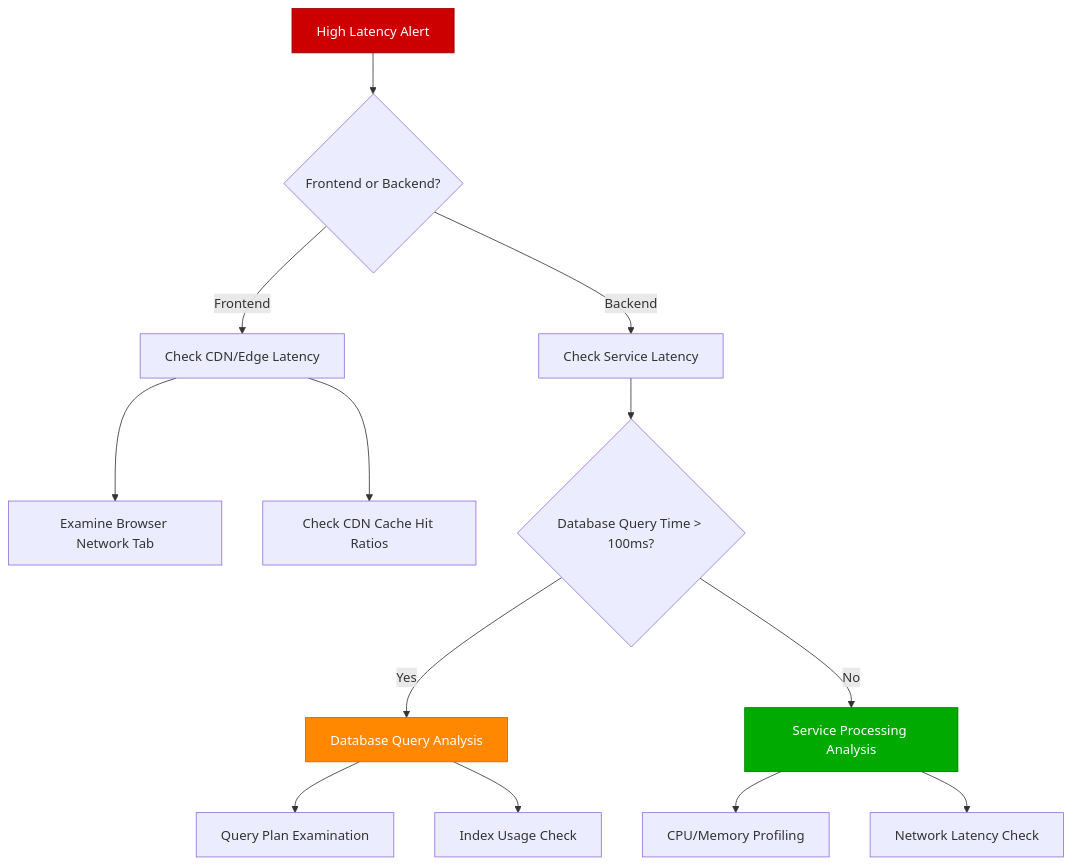
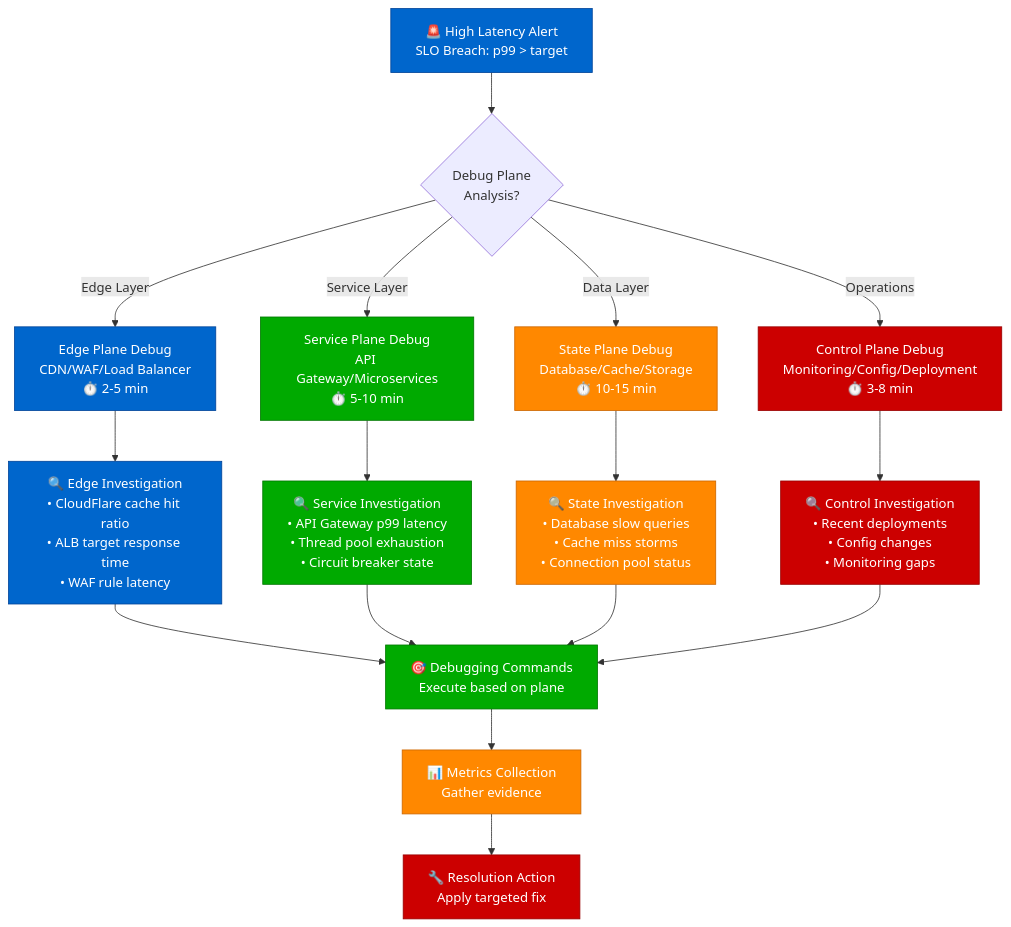
One commit to deepaucksharma/DS changed the diagram in site/docs/debugging/high-latency-investigation.md. Above: the diagram before and after it, drawn with Mermaid. The commit also changed other lines of this file and 15 other files, not shown here.

````diff
--- a/site/docs/debugging/high-latency-investigation.md
+++ b/site/docs/debugging/high-latency-investigation.md
@@ -11,23 +11,36 @@
 ```mermaid
 graph TD
-    A[High Latency Alert] --> B{Frontend or Backend?}
-    B -->|Frontend| C[Check CDN/Edge Latency]
-    B -->|Backend| D[Check Service Latency]
+    A[🚨 High Latency Alert<br/>SLO Breach: p99 > target] --> B{Debug Plane<br/>Analysis?}
 
-    C --> E[Examine Browser Network Tab]
-    C --> F[Check CDN Cache Hit Ratios]
+    B -->|Edge Layer| C[Edge Plane Debug<br/>CDN/WAF/Load Balancer<br/>⏱️ 2-5 min]
+    B -->|Service Layer| D[Service Plane Debug<br/>API Gateway/Microservices<br/>⏱️ 5-10 min]
+    B -->|Data Layer| E[State Plane Debug<br/>Database/Cache/Storage<br/>⏱️ 10-15 min]
+    B -->|Operations| F[Control Plane Debug<br/>Monitoring/Config/Deployment<br/>⏱️ 3-8 min]
 
-    D --> G{Database Query Time > 100ms?}
-    G -->|Yes| H[Database Query Analysis]
-    G -->|No| I[Service Processing Analysis]
+    C --> C1[🔍 Edge Investigation<br/>• CloudFlare cache hit ratio<br/>• ALB target response time<br/>• WAF rule latency]
 
-    H --> J[Query Plan Examination]
-    H --> K[Index Usage Check]
+    D --> D1[🔍 Service Investigation<br/>• API Gateway p99 latency<br/>• Thread pool exhaustion<br/>• Circuit breaker state]
 
-    I --> L[CPU/Memory Profiling]
-    I --> M[Network Latency Check]
+    E --> E1[🔍 State Investigation<br/>• Database slow queries<br/>• Cache miss storms<br/>• Connection pool status]
 
-    style A fill:#CC0000,stroke:#990000,color:#fff
-    style H fill:#FF8800,stroke:#CC6600,color:#fff
-    style I fill:#00AA00,stroke:#007700,color:#fff
+    F --> F1[🔍 Control Investigation<br/>• Recent deployments<br/>• Config changes<br/>• Monitoring gaps]
+
+    C1 --> G[🎯 Debugging Commands<br/>Execute based on plane]
+    D1 --> G
+    E1 --> G
+    F1 --> G
+
+    G --> H[📊 Metrics Collection<br/>Gather evidence]
+    H --> I[🔧 Resolution Action<br/>Apply targeted fix]
+
+    %% Apply 4-plane colors
+    classDef edgeStyle fill:#0066CC,stroke:#004499,color:#fff
+    classDef serviceStyle fill:#00AA00,stroke:#007700,color:#fff
+    classDef stateStyle fill:#FF8800,stroke:#CC6600,color:#fff
+    classDef controlStyle fill:#CC0000,stroke:#990000,color:#fff
+
+    class A,C,C1 edgeStyle
+    class D,D1,G serviceStyle
+    class E,E1,H stateStyle
+    class F,F1,I controlStyle
 ```
````
